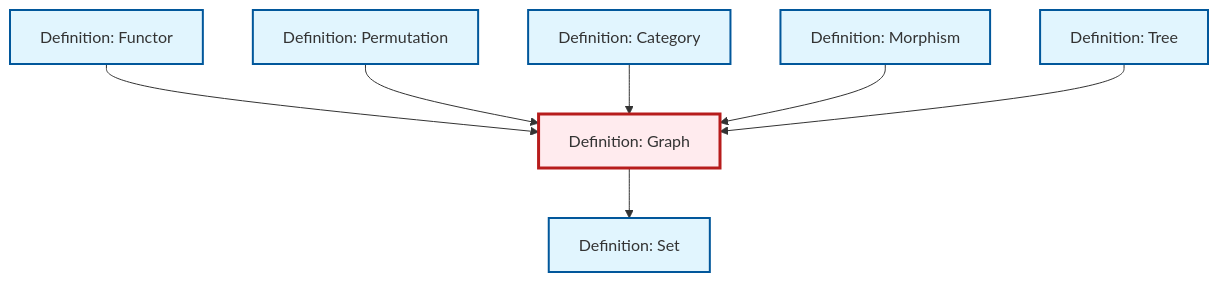
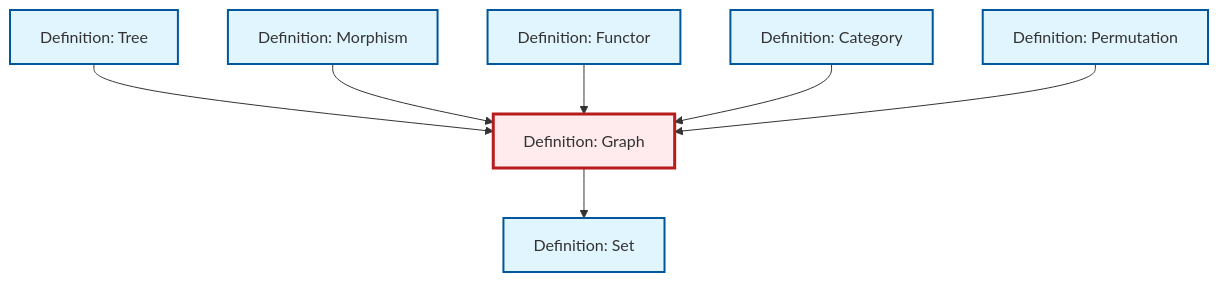
One commit to RK0429/ModernMath changed the diagram in content/ja/combinatorics/def-graph.qmd. Above: the diagram before and after it, drawn with Mermaid. The commit also changed other lines of this file and 615 other files, not shown here.

````diff
--- a/content/ja/combinatorics/def-graph.qmd
+++ b/content/ja/combinatorics/def-graph.qmd
@@ -91,29 +91,29 @@
 ```{mermaid}
 %%| fig-cap: "Local dependency graph"
 graph TD
     classDef definition fill:#e1f5fe,stroke:#01579b,stroke-width:2px
     classDef theorem fill:#f3e5f5,stroke:#4a148c,stroke-width:2px
     classDef axiom fill:#fff3e0,stroke:#e65100,stroke-width:2px
     classDef example fill:#e8f5e9,stroke:#1b5e20,stroke-width:2px
     classDef current fill:#ffebee,stroke:#b71c1c,stroke-width:3px
     def-set["Definition: Set"]:::definition
+    def-permutation["Definition: Permutation"]:::definition
+    def-category["Definition: Category"]:::definition
+    def-morphism["Definition: Morphism"]:::definition
     def-functor["Definition: Functor"]:::definition
-    def-permutation["Definition: Permutation"]:::definition
     def-graph["Definition: Graph"]:::definition
-    def-category["Definition: Category"]:::definition
     def-tree["Definition: Tree"]:::definition
-    def-morphism["Definition: Morphism"]:::definition
+    def-tree --> def-graph
+    def-morphism --> def-graph
+    def-graph --> def-set
     def-functor --> def-graph
+    def-category --> def-graph
     def-permutation --> def-graph
-    def-category --> def-graph
-    def-morphism --> def-graph
-    def-tree --> def-graph
-    def-graph --> def-set
     class def-graph current
     click def-set "def-set.html" "Definition: Setへ"
-    click def-functor "def-functor.html" "Definition: Functorへ"
     click def-permutation "def-permutation.html" "Definition: Permutationへ"
     click def-category "def-category.html" "Definition: Categoryへ"
+    click def-morphism "def-morphism.html" "Definition: Morphismへ"
+    click def-functor "def-functor.html" "Definition: Functorへ"
     click def-tree "def-tree.html" "Definition: Treeへ"
-    click def-morphism "def-morphism.html" "Definition: Morphismへ"
 ```
````
